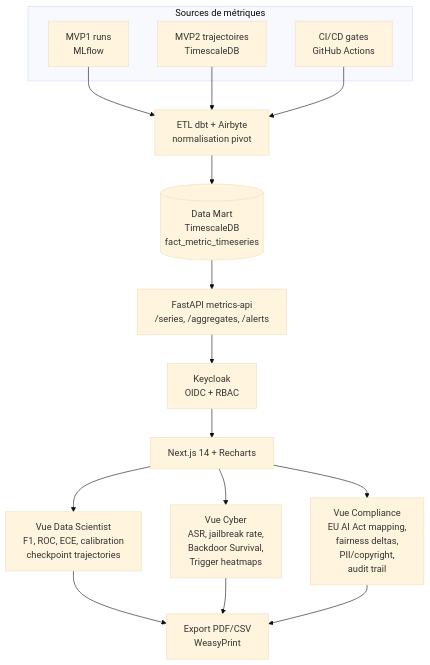
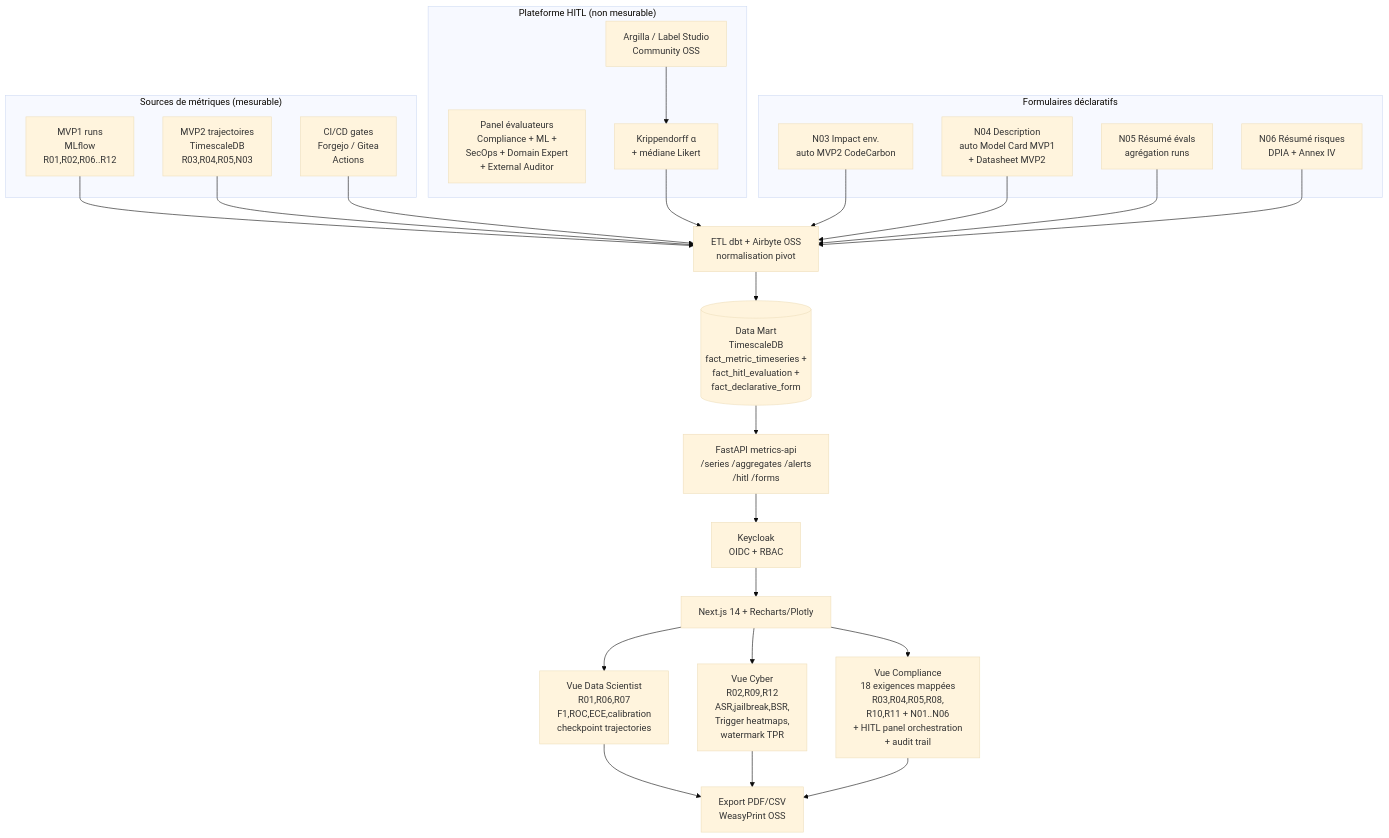
Before and after one commit to Rqbln/VERA: the first of 5 diagrams in MVP3_dashboards_rbac.md, drawn with Mermaid (base theme). The commit also changed other lines of this file and 9 other files, not shown here.

First line of the commit message:
Refocus roadmap and MVP documentation on accessible local open-source tooling.

````diff
--- a/MVP3_dashboards_rbac.md
+++ b/MVP3_dashboards_rbac.md
@@ -16,27 +18,42 @@
 ```mermaid
 flowchart TB
-    subgraph SOURCES["Sources de métriques"]
-        M1[MVP1 runs<br/>MLflow]
-        M2[MVP2 trajectoires<br/>TimescaleDB]
-        M3[CI/CD gates<br/>GitHub Actions]
+    subgraph SOURCES["Sources de métriques (mesurable)"]
+        M1[MVP1 runs<br/>MLflow<br/>R01,R02,R06..R12]
+        M2[MVP2 trajectoires<br/>TimescaleDB<br/>R03,R04,R05,N03]
+        M3[CI/CD gates<br/>Forgejo / Gitea<br/>Actions]
+    end
+
+    subgraph HITL["Plateforme HITL (non mesurable)"]
+        H1[Argilla / Label Studio<br/>Community OSS]
+        H2[Panel évaluateurs<br/>Compliance + ML +<br/>SecOps + Domain Expert<br/>+ External Auditor]
+        H3[Krippendorff α<br/>+ médiane Likert]
+    end
+
+    subgraph FORMS["Formulaires déclaratifs"]
+        F1[N03 Impact env.<br/>auto MVP2 CodeCarbon]
+        F2[N04 Description<br/>auto Model Card MVP1<br/>+ Datasheet MVP2]
+        F3[N05 Résumé évals<br/>agrégation runs]
+        F4[N06 Résumé risques<br/>DPIA + Annex IV]
     end
 
     M1 --> ETL
     M2 --> ETL
     M3 --> ETL
+    H1 --> H3 --> ETL
+    F1 & F2 & F3 & F4 --> ETL
 
-    ETL[ETL dbt + Airbyte<br/>normalisation pivot] --> DM[(Data Mart<br/>TimescaleDB<br/>fact_metric_timeseries)]
+    ETL[ETL dbt + Airbyte OSS<br/>normalisation pivot] --> DM[(Data Mart<br/>TimescaleDB<br/>fact_metric_timeseries +<br/>fact_hitl_evaluation +<br/>fact_declarative_form)]
 
-    DM --> API[FastAPI metrics-api<br/>/series, /aggregates, /alerts]
+    DM --> API[FastAPI metrics-api<br/>/series /aggregates /alerts<br/>/hitl /forms]
     API --> AUTH[Keycloak<br/>OIDC + RBAC]
 
-    AUTH --> NEXT[Next.js 14 + Recharts]
+    AUTH --> NEXT[Next.js 14 + Recharts/Plotly]
 
-    NEXT --> DSV["Vue Data Scientist<br/>F1, ROC, ECE, calibration<br/>checkpoint trajectories"]
-    NEXT --> SECV["Vue Cyber<br/>ASR, jailbreak rate,<br/>Backdoor Survival,<br/>Trigger heatmaps"]
-    NEXT --> LEGV["Vue Compliance<br/>EU AI Act mapping,<br/>fairness deltas,<br/>PII/copyright,<br/>audit trail"]
+    NEXT --> DSV["Vue Data Scientist<br/>R01,R06,R07<br/>F1,ROC,ECE,calibration<br/>checkpoint trajectories"]
+    NEXT --> SECV["Vue Cyber<br/>R02,R09,R12<br/>ASR,jailbreak,BSR,<br/>Trigger heatmaps,<br/>watermark TPR"]
+    NEXT --> LEGV["Vue Compliance<br/>18 exigences mappées<br/>R03,R04,R05,R08,<br/>R10,R11 + N01..N06<br/>+ HITL panel orchestration<br/>+ audit trail"]
 
-    DSV --> EXPORT[Export PDF/CSV<br/>WeasyPrint]
+    DSV --> EXPORT[Export PDF/CSV<br/>WeasyPrint OSS]
     SECV --> EXPORT
     LEGV --> EXPORT
 ```
````
